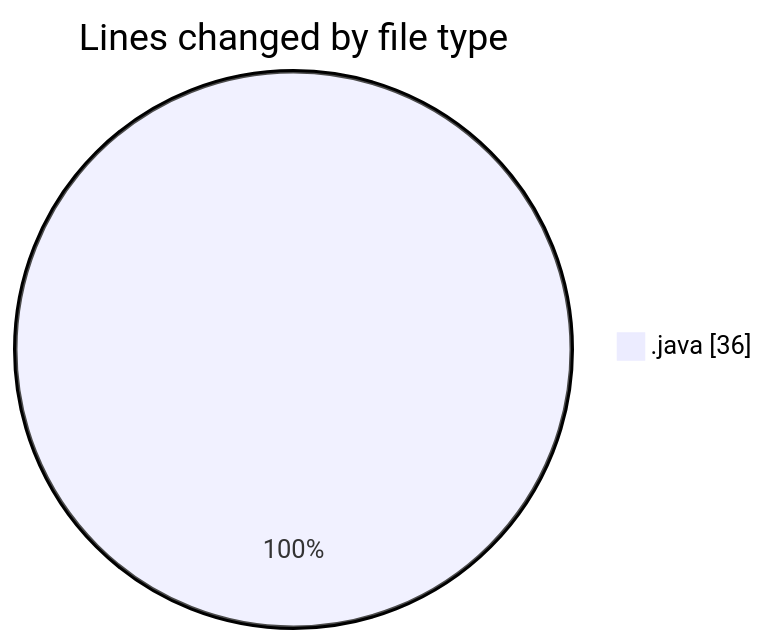
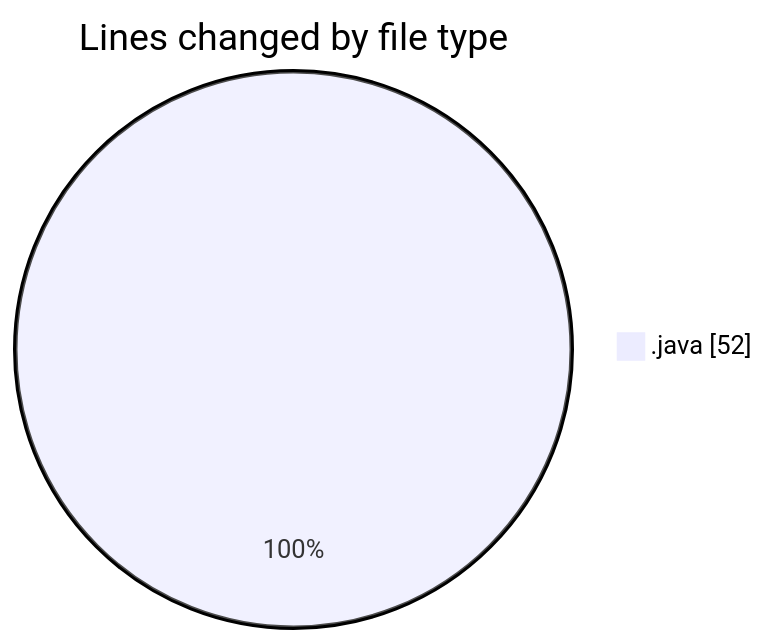
Before and after one commit to NitaiMahat/code-tracking: the first of 2 diagrams in 2025-02-05/coding_prac/README.md, drawn with Mermaid. The commit also changed other lines of this file and 1 other file, not shown here.

````diff
--- a/2025-02-05/coding_prac/README.md
+++ b/2025-02-05/coding_prac/README.md
@@ -22,5 +22,5 @@
 ```mermaid
 pie showData
 title Lines changed by file type
-".java" : 36
+".java" : 52
 ```
````
